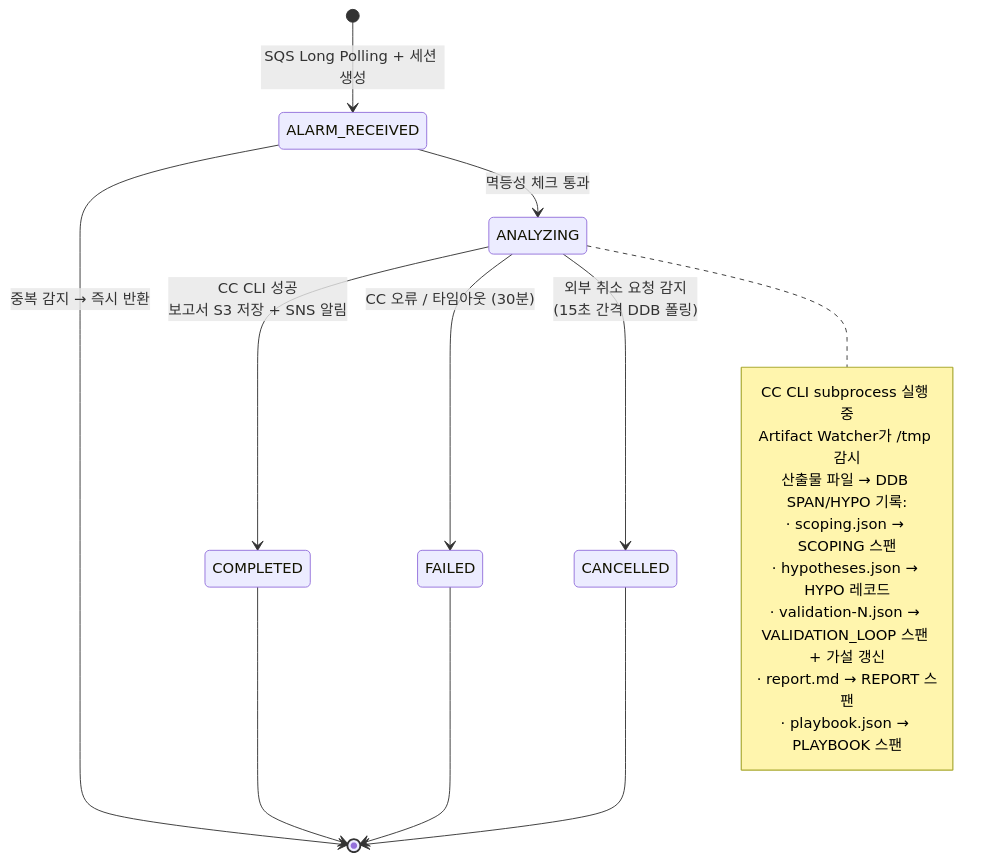
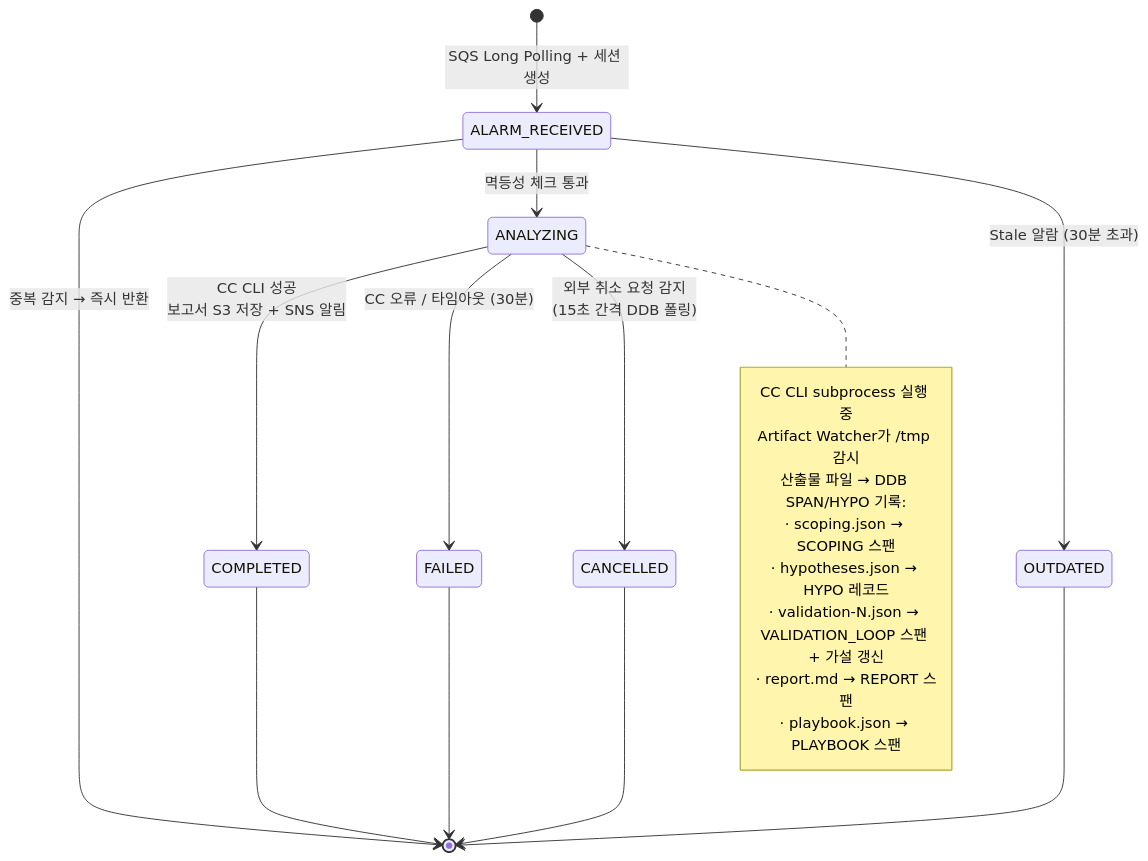
One commit to haandol/rca-agent changed the fifth of 7 diagrams in docs/architecture-and-demo-flow.md. Above: the diagram before and after it, drawn with Mermaid. The commit also changed other lines of this file and 3 other files, not shown here.

````diff
--- a/docs/architecture-and-demo-flow.md
+++ b/docs/architecture-and-demo-flow.md
@@ -347,26 +349,29 @@
 ```mermaid
 stateDiagram-v2
     [*] --> ALARM_RECEIVED: SQS Long Polling + 세션 생성
 
     ALARM_RECEIVED --> [*]: 중복 감지 → 즉시 반환
     ALARM_RECEIVED --> ANALYZING: 멱등성 체크 통과
+    ALARM_RECEIVED --> OUTDATED: Stale 알람 (30분 초과)
 
     ANALYZING --> COMPLETED: CC CLI 성공<br/>보고서 S3 저장 + SNS 알림
     ANALYZING --> FAILED: CC 오류 / 타임아웃 (30분)
     ANALYZING --> CANCELLED: 외부 취소 요청 감지<br/>(15초 간격 DDB 폴링)
+
+    OUTDATED --> [*]
 
     note right of ANALYZING
         CC CLI subprocess 실행 중
         Artifact Watcher가 /tmp 감시
         산출물 파일 → DDB SPAN/HYPO 기록:
         · scoping.json → SCOPING 스팬
         · hypotheses.json → HYPO 레코드
         · validation-N.json → VALIDATION_LOOP 스팬 + 가설 갱신
         · report.md → REPORT 스팬
         · playbook.json → PLAYBOOK 스팬
     end note
 
     COMPLETED --> [*]
     FAILED --> [*]
     CANCELLED --> [*]
 ```
````
